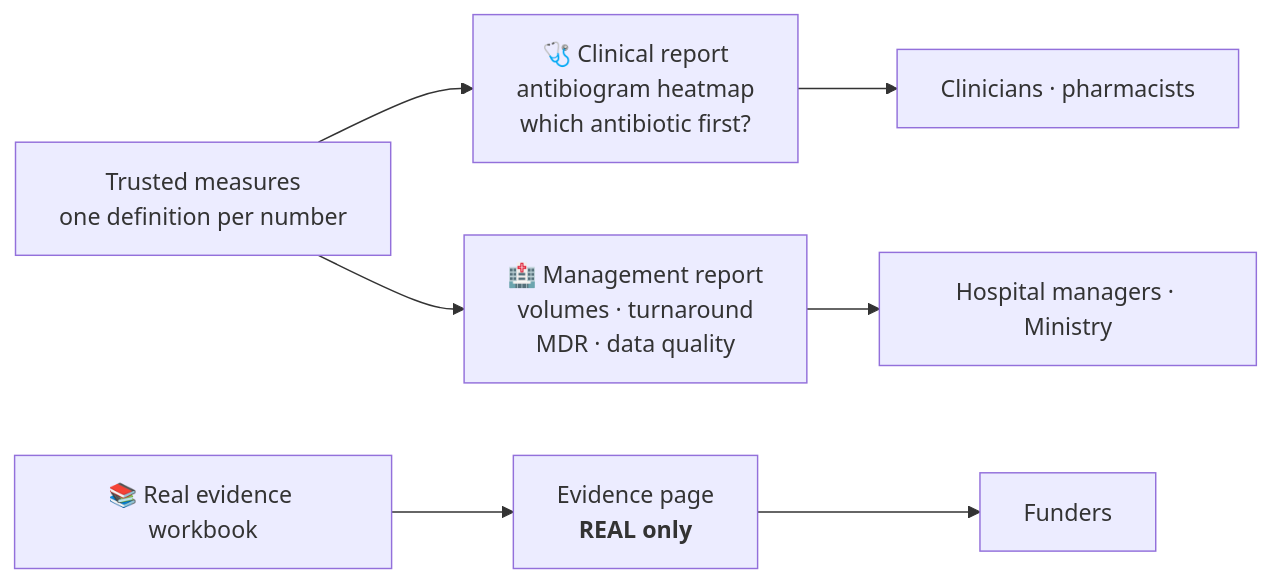
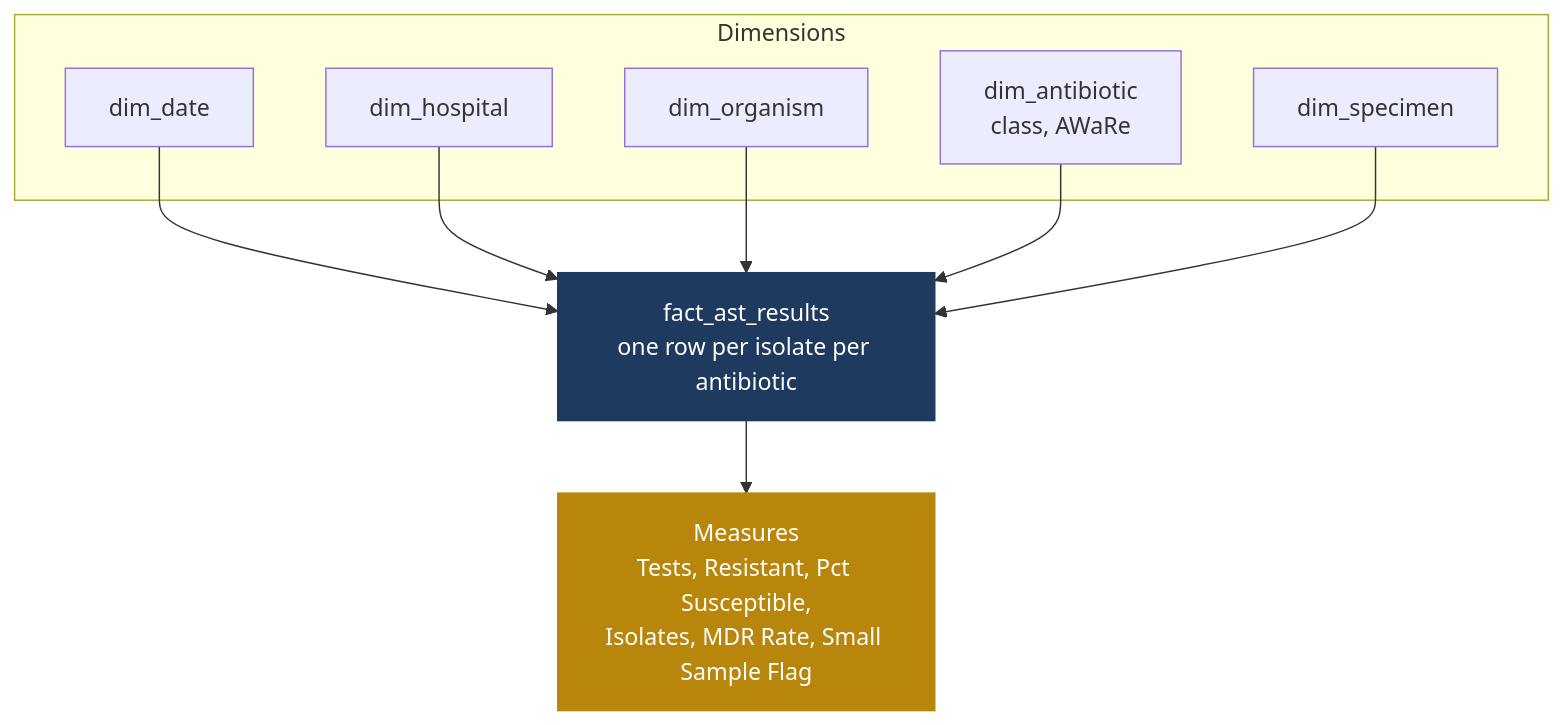
Before and after one commit to AMR-Playbook/kaduna-amr-powerbi: the diagram in README.md, drawn with Mermaid. The commit also changed other lines of this file and 4 other files, not shown here.

````diff
--- a/README.md
+++ b/README.md
@@ -18,9 +19,20 @@
 ```mermaid
-flowchart LR
-    M["Trusted measures<br/>one definition per number"] --> C["🩺 Clinical report<br/>antibiogram heatmap<br/>which antibiotic first?"]
-    M --> G["🏥 Management report<br/>volumes · turnaround<br/>MDR · data quality"]
-    EV["📚 Real evidence workbook"] --> E["Evidence page<br/><b>REAL only</b>"]
-    C --> D1["Clinicians · pharmacists"]
-    G --> D2["Hospital managers · Ministry"]
-    E --> D3["Funders"]
+flowchart TD
+    subgraph Dimensions
+        D1["dim_date"]
+        D2["dim_hospital"]
+        D3["dim_organism"]
+        D4["dim_antibiotic<br/>class, AWaRe"]
+        D5["dim_specimen"]
+    end
+    F["fact_ast_results<br/>one row per isolate per antibiotic"]
+    D1 --> F
+    D2 --> F
+    D3 --> F
+    D4 --> F
+    D5 --> F
+    F --> M["Measures<br/>Tests, Resistant, Pct Susceptible,<br/>Isolates, MDR Rate, Small Sample Flag"]
+
+    style F fill:#1f3a5f,stroke:#1f3a5f,color:#ffffff
+    style M fill:#b8860b,stroke:#b8860b,color:#ffffff
 ```
````
